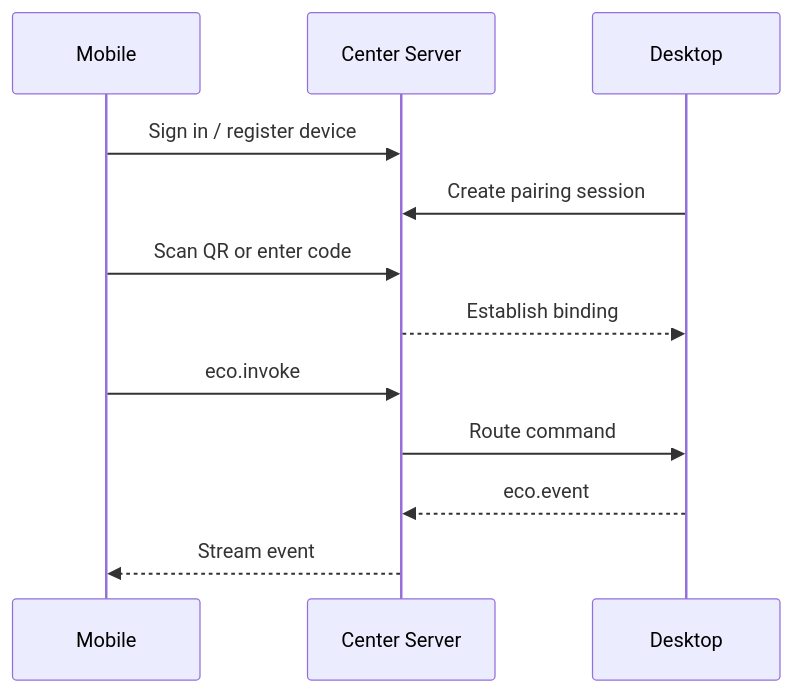
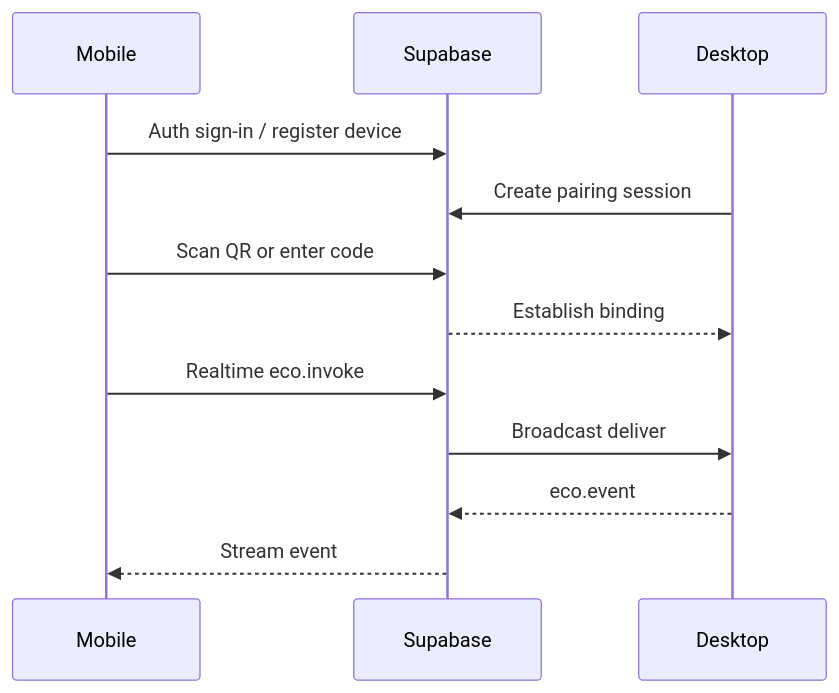
One commit to plus1998/eco-coding changed the second of 2 diagrams in docs/TECHNICAL.en.md. Above: the diagram before and after it, drawn with Mermaid. The commit also changed other lines of this file and 115 other files, not shown here.

First line of the commit message:
feat(supabase): replace Center Server with user-owned Supabase Center

````diff
--- a/docs/TECHNICAL.en.md
+++ b/docs/TECHNICAL.en.md
@@ -137,14 +137,14 @@
 ```mermaid
 sequenceDiagram
     participant Mobile
-    participant Server as Center Server
+    participant SB as Supabase
     participant Desktop
-    Mobile->>Server: Sign in / register device
-    Desktop->>Server: Create pairing session
-    Mobile->>Server: Scan QR or enter code
-    Server-->>Desktop: Establish binding
-    Mobile->>Server: eco.invoke
-    Server->>Desktop: Route command
-    Desktop-->>Server: eco.event
-    Server-->>Mobile: Stream event
+    Mobile->>SB: Auth sign-in / register device
+    Desktop->>SB: Create pairing session
+    Mobile->>SB: Scan QR or enter code
+    SB-->>Desktop: Establish binding
+    Mobile->>SB: Realtime eco.invoke
+    SB->>Desktop: Broadcast deliver
+    Desktop-->>SB: eco.event
+    SB-->>Mobile: Stream event
 ```
````
